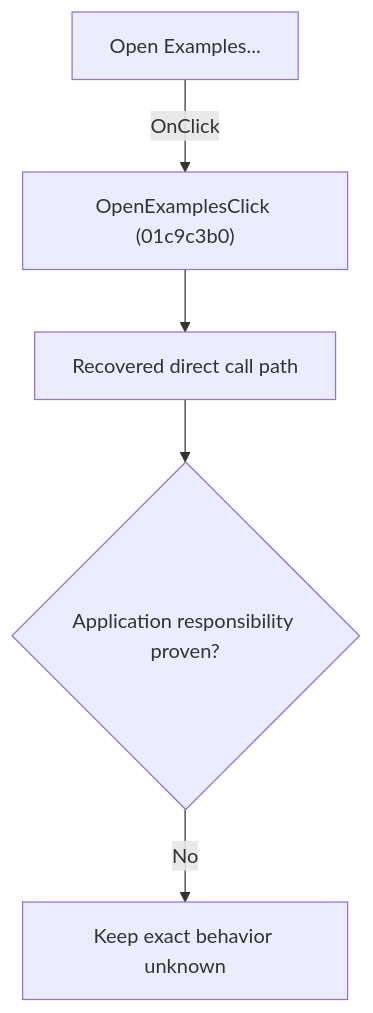
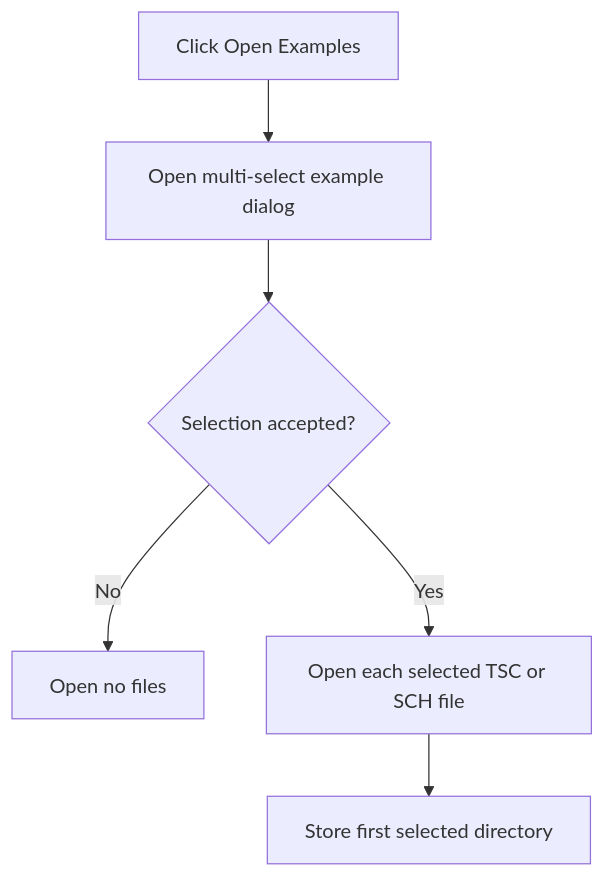
Before and after one commit to MovGP0/TIARA: the diagram in docs/ui-controls/schematiceditor/openexamples-9bb4bd3c0a.md, drawn with Mermaid. The commit also changed other lines of this file and 241 other files, not shown here.

````diff
--- a/docs/ui-controls/schematiceditor/openexamples-9bb4bd3c0a.md
+++ b/docs/ui-controls/schematiceditor/openexamples-9bb4bd3c0a.md
@@ -27,7 +27,8 @@
 ```mermaid
 flowchart TD
-    control["Open Examples..."] -->|"OnClick"| handler["OpenExamplesClick (01c9c3b0)"]
-    handler --> recovered["Recovered direct call path"]
-    recovered --> gap{"Application responsibility proven?"}
-    gap -->|"No"| blocked["Keep exact behavior unknown"]
+    control["Click Open Examples"] --> dialog["Open multi-select example dialog"]
+    dialog --> selected{"Selection accepted?"}
+    selected -->|"No"| stop["Open no files"]
+    selected -->|"Yes"| loop["Open each selected TSC or SCH file"]
+    loop --> remember["Store first selected directory"]
 ```
````
